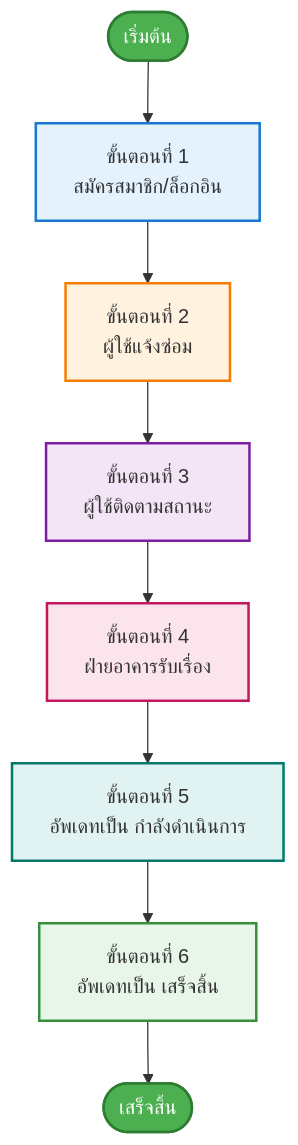
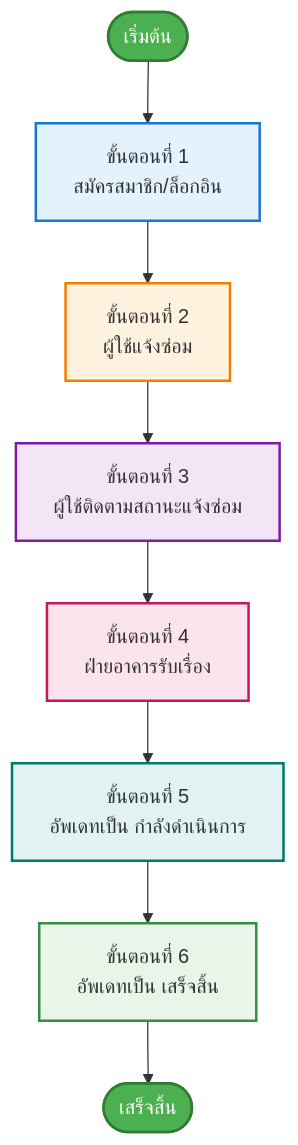
Before and after one commit to SettaPong776/rp: the first of 7 diagrams in simple_user_journey.md, drawn with Mermaid.

````diff
--- a/simple_user_journey.md
+++ b/simple_user_journey.md
@@ -5,25 +5,25 @@
 ```mermaid
 flowchart TD
     Start([เริ่มต้น]) --> Step1[ขั้นตอนที่ 1<br/>สมัครสมาชิก/ล็อกอิน]
     
     Step1 --> Step2[ขั้นตอนที่ 2<br/>ผู้ใช้แจ้งซ่อม]
     
-    Step2 --> Step3[ขั้นตอนที่ 3<br/>ผู้ใช้ติดตามสถานะ]
+    Step2 --> Step3[ขั้นตอนที่ 3<br/>ผู้ใช้ติดตามสถานะแจ้งซ่อม]
     
     Step3 --> Step4[ขั้นตอนที่ 4<br/>ฝ่ายอาคารรับเรื่อง]
     
     Step4 --> Step5[ขั้นตอนที่ 5<br/>อัพเดทเป็น กำลังดำเนินการ]
     
     Step5 --> Step6[ขั้นตอนที่ 6<br/>อัพเดทเป็น เสร็จสิ้น]
     
     Step6 --> End([เสร็จสิ้น])
     
     style Start fill:#4CAF50,stroke:#2E7D32,color:#fff,stroke-width:2px
     style End fill:#4CAF50,stroke:#2E7D32,color:#fff,stroke-width:2px
     style Step1 fill:#E3F2FD,stroke:#1976D2,stroke-width:2px
     style Step2 fill:#FFF3E0,stroke:#F57C00,stroke-width:2px
     style Step3 fill:#F3E5F5,stroke:#7B1FA2,stroke-width:2px
     style Step4 fill:#FCE4EC,stroke:#C2185B,stroke-width:2px
     style Step5 fill:#E0F2F1,stroke:#00796B,stroke-width:2px
     style Step6 fill:#E8F5E9,stroke:#388E3C,stroke-width:2px
 ```
````
